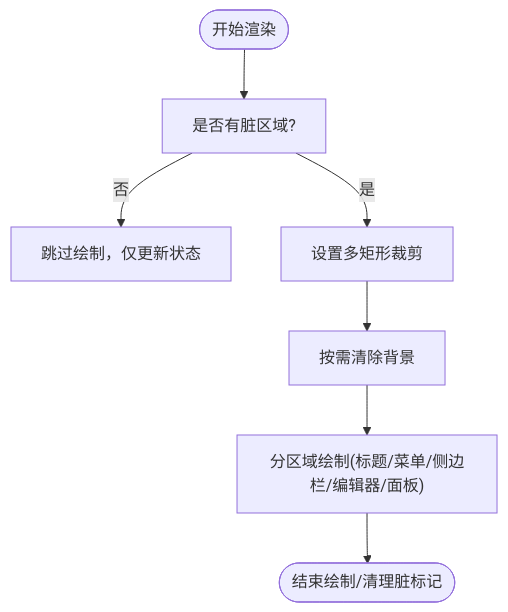
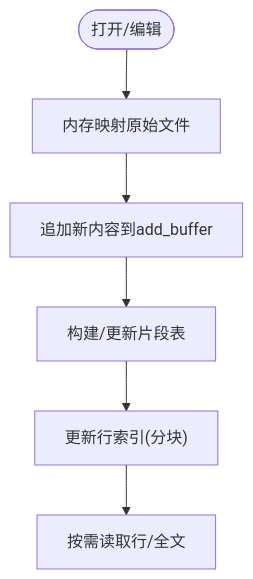
The third of 8 diagrams in .qoder/repowiki/zh/content/性能优化/性能优化.md (aetherstudio-cn/AetherStudio), drawn with Mermaid before and after one commit. The commit also changed other lines of this file and 396 other files, not shown here.

````diff
--- a/.qoder/repowiki/zh/content/性能优化/性能优化.md
+++ b/.qoder/repowiki/zh/content/性能优化/性能优化.md
@@ -362,9 +118,8 @@
 ```mermaid
 flowchart TD
-Start(["开始渲染"]) --> CheckDirty["是否有脏区域?"]
-CheckDirty --> |否| Skip["跳过绘制，仅更新状态"]
-CheckDirty --> |是| Clip["设置多矩形裁剪"]
-Clip --> Clear["按需清除背景"]
-Clear --> DrawUI["分区域绘制(标题/菜单/侧边栏/编辑器/面板)"]
-DrawUI --> End(["结束绘制/清理脏标记"])
+Start(["打开/编辑"]) --> Map["内存映射原始文件"]
+Map --> Append["追加新内容到add_buffer"]
+Append --> Pieces["构建/更新片段表"]
+Pieces --> Index["更新行索引(分块)"]
+Index --> Read["按需读取行/全文"]
 ```
````
